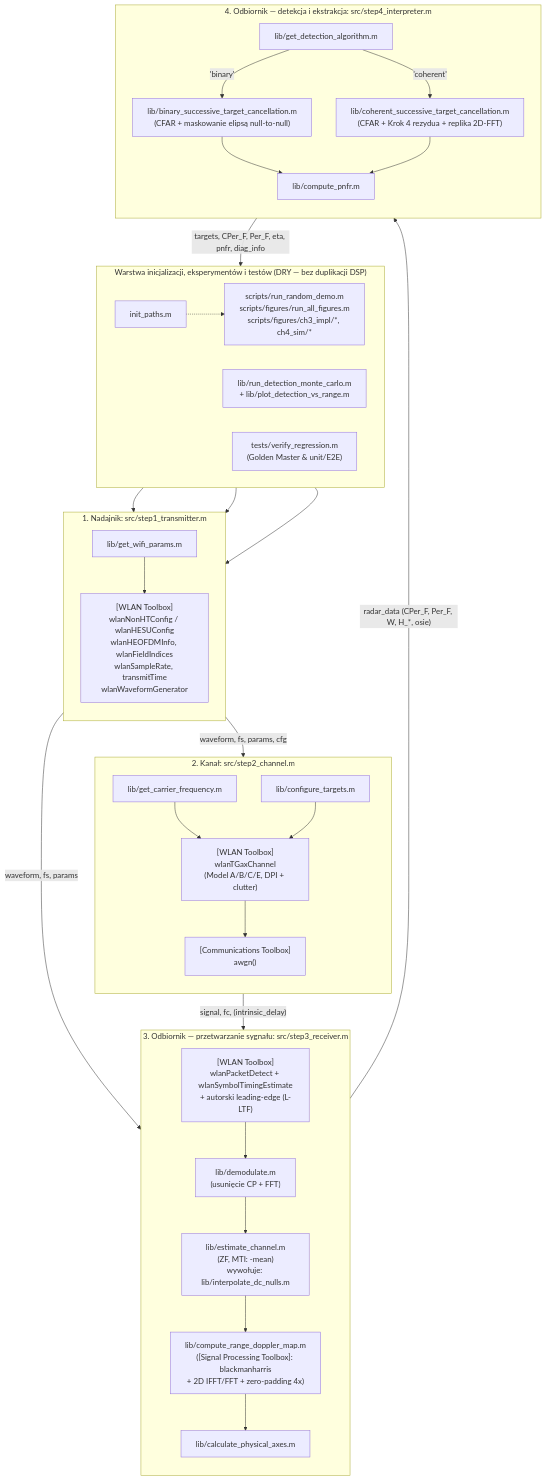
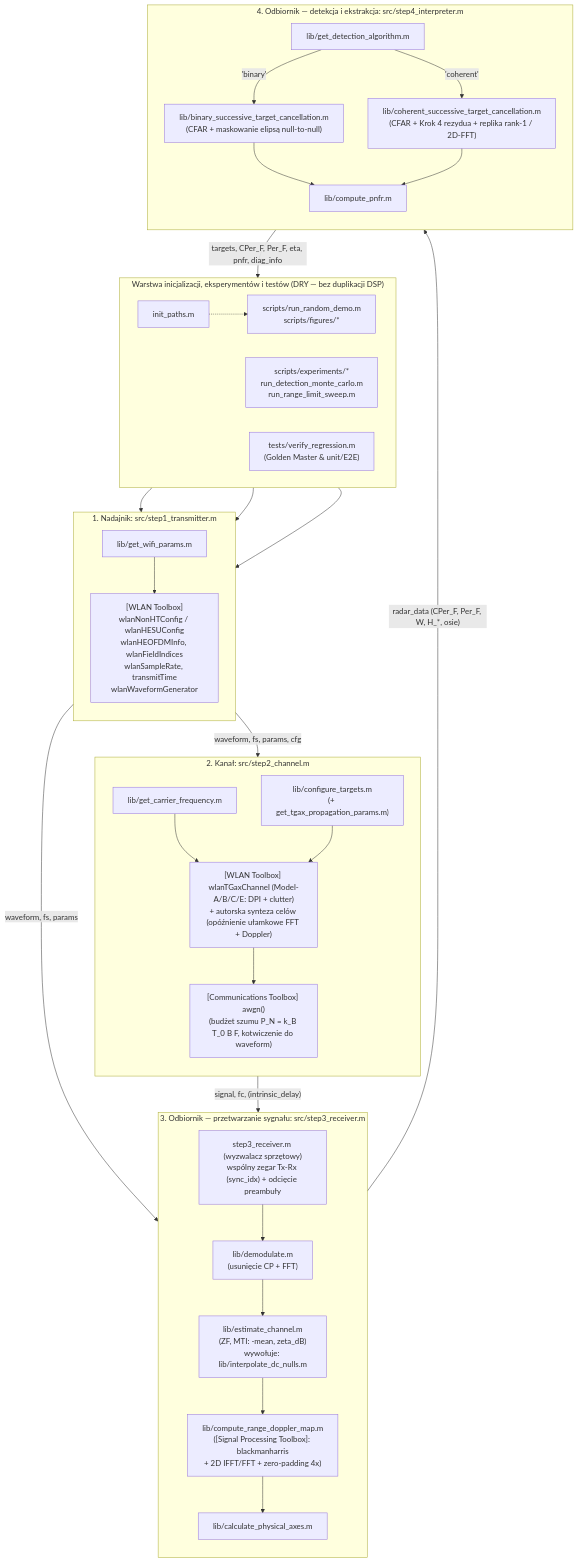
The diagram in docs/plan_chapter_3.md (nix746/wifi-radar), drawn with Mermaid before and after one commit. The commit also changed other lines of this file, not shown here.

````diff
--- a/docs/plan_chapter_3.md
+++ b/docs/plan_chapter_3.md
@@ -56,60 +56,60 @@
 ```mermaid
 flowchart TB
     subgraph CTRL["Warstwa inicjalizacji, eksperymentów i testów (DRY — bez duplikacji DSP)"]
         direction LR
         INIT["init_paths.m"]
-        SCRIPTS["scripts/run_random_demo.m<br/>scripts/figures/run_all_figures.m<br/>scripts/figures/ch3_impl/*, ch4_sim/*"]
-        MC["lib/run_detection_monte_carlo.m<br/>+ lib/plot_detection_vs_range.m"]
+        SCRIPTS["scripts/run_random_demo.m<br/>scripts/figures/*"]
+        MC["scripts/experiments/*<br/>run_detection_monte_carlo.m<br/>run_range_limit_sweep.m"]
         TESTS["tests/verify_regression.m<br/>(Golden Master &amp; unit/E2E)"]
     end
 
     subgraph S1["1. Nadajnik: src/step1_transmitter.m"]
         direction TB
         GWP["lib/get_wifi_params.m"]
         WTX["[WLAN Toolbox]<br/>wlanNonHTConfig / wlanHESUConfig<br/>wlanHEOFDMInfo, wlanFieldIndices<br/>wlanSampleRate, transmitTime<br/>wlanWaveformGenerator"]
         GWP --> WTX
     end
 
     subgraph S2["2. Kanał: src/step2_channel.m"]
         direction TB
         GCF["lib/get_carrier_frequency.m"]
-        CT["lib/configure_targets.m"]
-        WCH["[WLAN Toolbox]<br/>wlanTGaxChannel<br/>(Model A/B/C/E, DPI + clutter)"]
-        CTB["[Communications Toolbox]<br/>awgn()"]
+        CT["lib/configure_targets.m<br/>(+ get_tgax_propagation_params.m)"]
+        WCH["[WLAN Toolbox] wlanTGaxChannel (Model-A/B/C/E: DPI + clutter)<br/>+ autorska synteza celów (opóźnienie ułamkowe FFT + Doppler)"]
+        CTB["[Communications Toolbox] awgn()<br/>(budżet szumu P_N = k_B T_0 B F, kotwiczenie do waveform)"]
         GCF --> WCH
         CT --> WCH --> CTB
     end
 
     subgraph S3["3. Odbiornik — przetwarzanie sygnału: src/step3_receiver.m"]
         direction TB
-        WSYNC["[WLAN Toolbox]<br/>wlanPacketDetect + wlanSymbolTimingEstimate<br/>+ autorski leading-edge (L-LTF)"]
+        WSYNC["step3_receiver.m (wyzwalacz sprzętowy)<br/>wspólny zegar Tx-Rx (sync_idx) + odcięcie preambuły"]
         DEMOD["lib/demodulate.m<br/>(usunięcie CP + FFT)"]
-        EST["lib/estimate_channel.m<br/>(ZF, MTI: -mean)<br/>wywołuje: lib/interpolate_dc_nulls.m"]
+        EST["lib/estimate_channel.m<br/>(ZF, MTI: -mean, zeta_dB)<br/>wywołuje: lib/interpolate_dc_nulls.m"]
         RDM["lib/compute_range_doppler_map.m<br/>([Signal Processing Toolbox]: blackmanharris<br/>+ 2D IFFT/FFT + zero-padding 4x)"]
         AX["lib/calculate_physical_axes.m"]
         WSYNC --> DEMOD --> EST --> RDM --> AX
     end
 
     subgraph S4["4. Odbiornik — detekcja i ekstrakcja: src/step4_interpreter.m"]
         direction TB
         REG["lib/get_detection_algorithm.m"]
         BSTC["lib/binary_successive_target_cancellation.m<br/>(CFAR + maskowanie elipsą null-to-null)"]
-        CSTC["lib/coherent_successive_target_cancellation.m<br/>(CFAR + Krok 4 rezydua + replika 2D-FFT)"]
+        CSTC["lib/coherent_successive_target_cancellation.m<br/>(CFAR + Krok 4 rezydua + replika rank-1 / 2D-FFT)"]
         PNFR["lib/compute_pnfr.m"]
         REG -->|"'binary'"| BSTC
         REG -->|"'coherent'"| CSTC
         BSTC --> PNFR
         CSTC --> PNFR
     end
 
     INIT -.-> SCRIPTS
     SCRIPTS --> S1
     MC --> S1
     TESTS --> S1
 
     S1 -->|"waveform, fs, params, cfg"| S2
     S1 -->|"waveform, fs, params"| S3
     S2 -->|"signal, fc, (intrinsic_delay)"| S3
     S3 -->|"radar_data (CPer_F, Per_F, W, H_*, osie)"| S4
     S4 -->|"targets, CPer_F, Per_F, eta, pnfr, diag_info"| SCRIPTS
 ```
````
